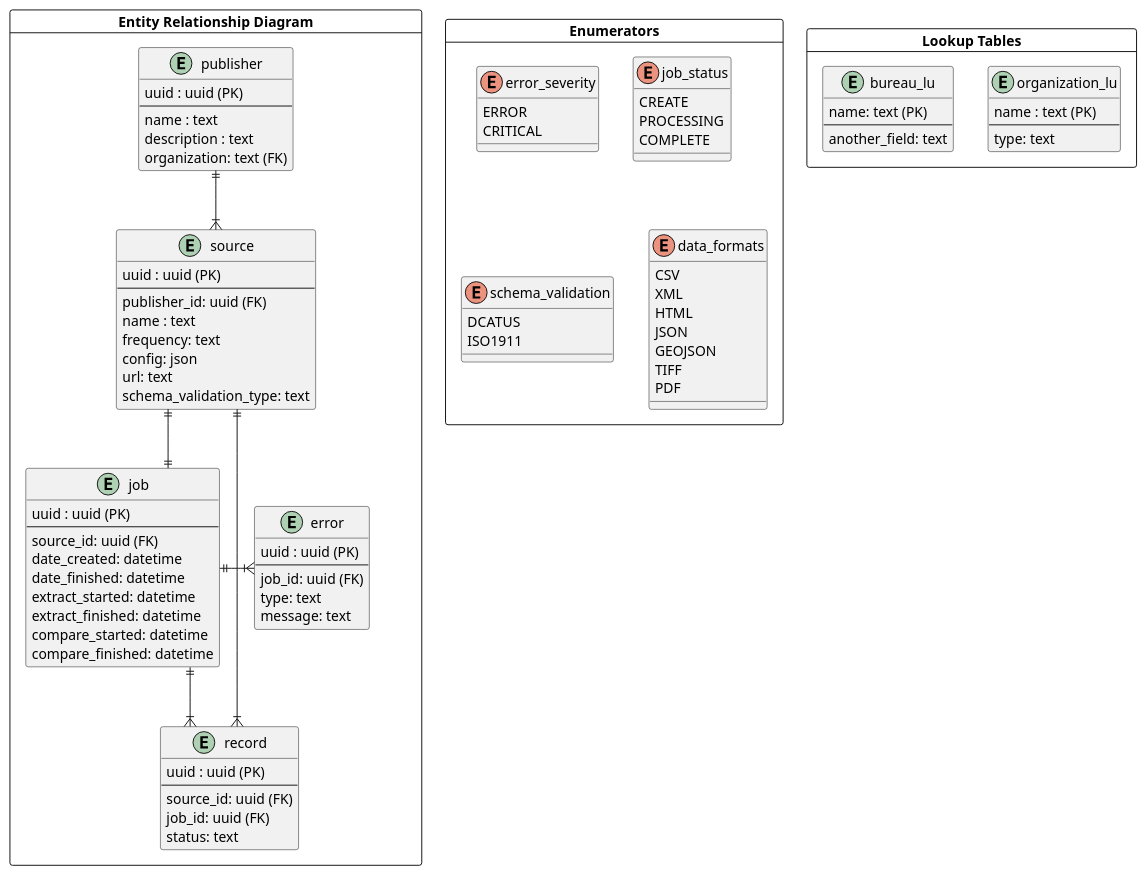
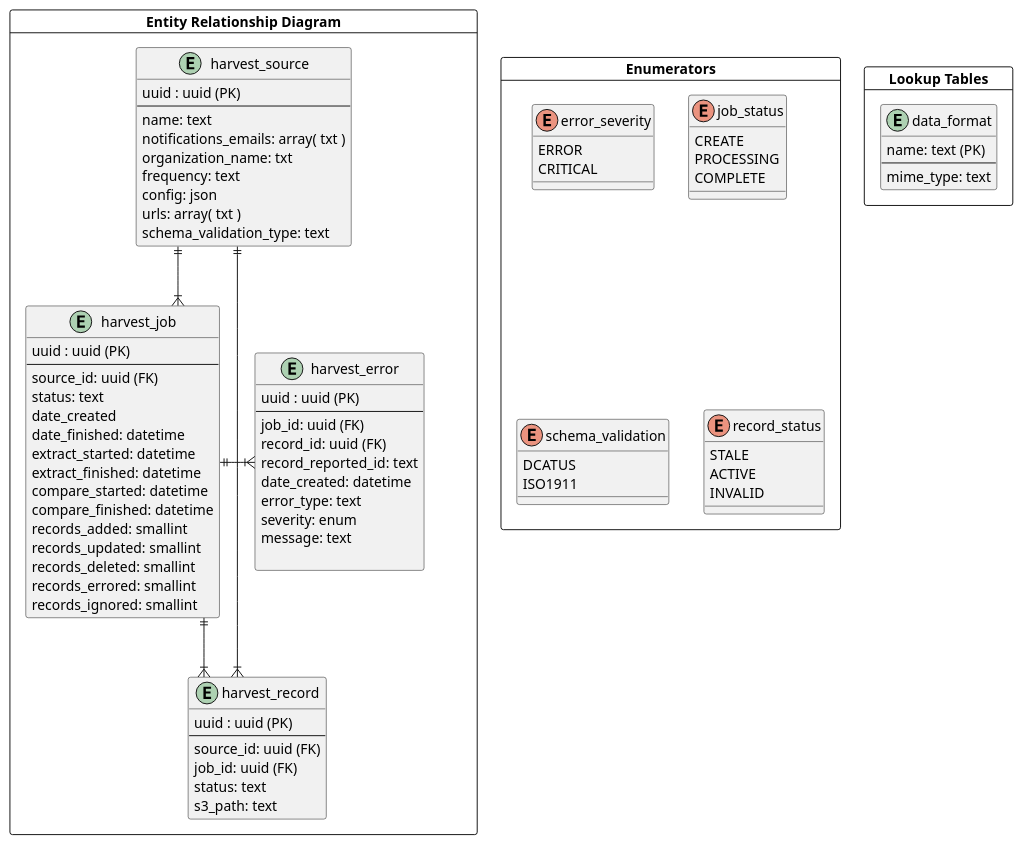
The diagram in docs/diagrams/src/erd.plantuml (GSA/datagov-harvester), drawn with PlantUML before and after one commit. The commit also changed 1 other file, not shown here.

Commit message:
update ERD to reflect models and export as png.

```diff
--- a/docs/diagrams/src/erd.plantuml
+++ b/docs/diagrams/src/erd.plantuml
@@ -1,110 +1,102 @@
 @startuml harvester2.0 ERD 
 
 skinparam linetype ortho
 
 ' ERD
 card "Entity Relationship Diagram" as entities {
-  entity "publisher" as publisher  {
+  entity "harvest_source" as source {
     uuid : uuid (PK)
     --
-    name : text
-    description : text
-    organization: text (FK)
-  }
-
-  entity "source" as source {
-    uuid : uuid (PK)
-    --
-    publisher_id: uuid (FK)
-    name : text
+    name: text
+    notifications_emails: array( txt )
+    organization_name: txt
     frequency: text
     config: json
-    url: text
+    urls: array( txt ) 
     schema_validation_type: text
   }
 
-  entity "record" as record {
+  entity "harvest_record" as record {
     uuid : uuid (PK)
     --
     source_id: uuid (FK)
     job_id: uuid (FK)
     status: text
+    s3_path: text
   }
 
-  entity "job" as job {
+  entity "harvest_job" as job {
     uuid : uuid (PK)
     --
     source_id: uuid (FK)
-    date_created: datetime
+    status: text
+    date_created 
     date_finished: datetime
     extract_started: datetime
     extract_finished: datetime
-    compare_started: datetime 
+    compare_started: datetime
     compare_finished: datetime
+    records_added: smallint
+    records_updated: smallint
+    records_deleted: smallint
+    records_errored: smallint
+    records_ignored: smallint
   }
 
-  entity "error" as error {
+  entity "harvest_error" as error {
     uuid : uuid (PK)
     --
     job_id: uuid (FK)
-    type: text
+    record_id: uuid (FK)
+    record_reported_id: text
+    date_created: datetime
+    error_type: text
+    severity: enum
     message: text
+
   }
 }
 
 ' lookup tables
 card "Lookup Tables" as lookup {
-
-  entity "organization_lu" as organization_lu {
-  name : text (PK)
-  --
-  type: text 
+  
+  entity "data_format" as data_format {
+    name: text (PK)
+    --
+    mime_type: text
   }
-
-entity "bureau_lu" as bureau_lu {
-  name: text (PK)
-  --
-  another_field: text
-  }
-
 }
 
 ' enumerators
 card "Enumerators" as enumerators {
 
   enum error_severity {
-  ERROR
-  CRITICAL
+    ERROR
+    CRITICAL
   }
 
   enum job_status {
-  CREATE
-  PROCESSING
-  COMPLETE
+    CREATE
+    PROCESSING
+    COMPLETE
   }
 
   enum schema_validation {
-  DCATUS
-  ISO1911
+    DCATUS
+    ISO1911
   }
 
-  enum data_formats {
-    CSV
-    XML 
-    HTML
-    JSON
-    GEOJSON
-    TIFF
-    PDF
+  enum record_status {
+    STALE
+    ACTIVE
+    INVALID
   }
-  
 } 
 
 ' relationships
-publisher  ||--|{ source
-source ||--|| job
+source ||--|{ job
 source ||--|{ record
 job ||--|{ record
 job ||-|{ error
 
 @enduml
```
